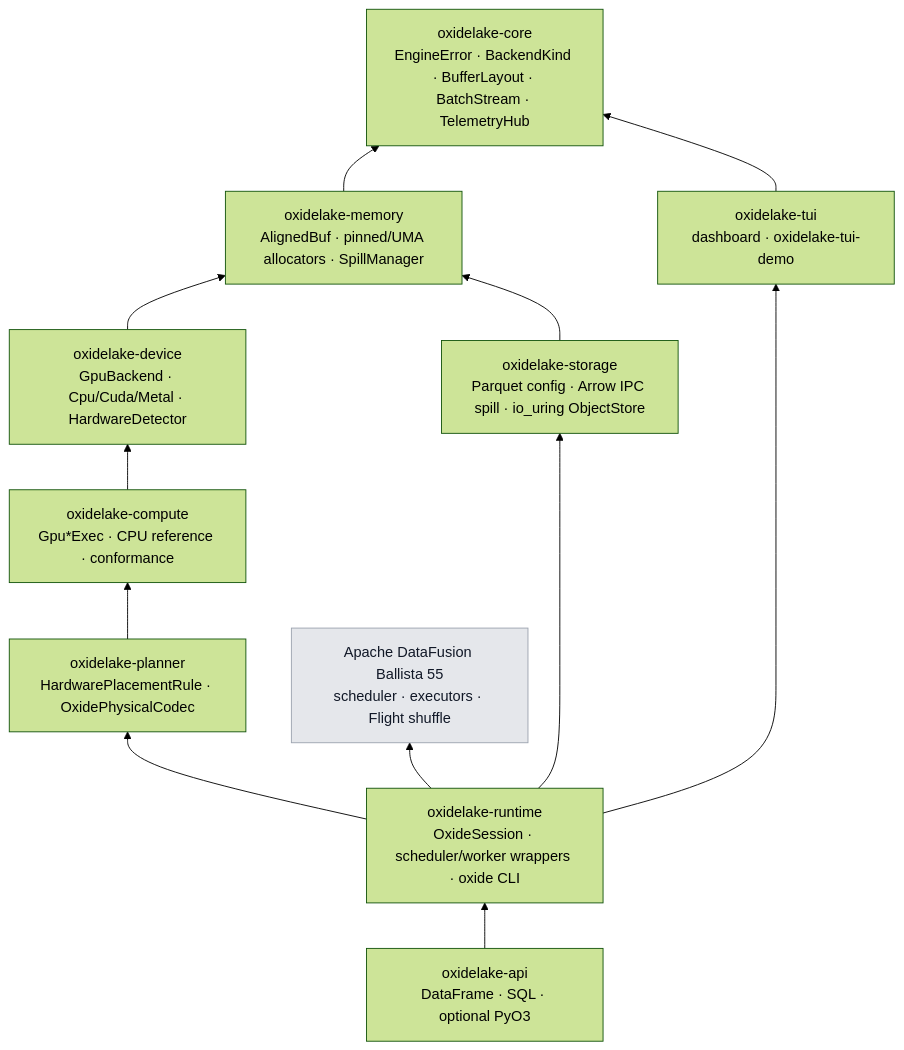
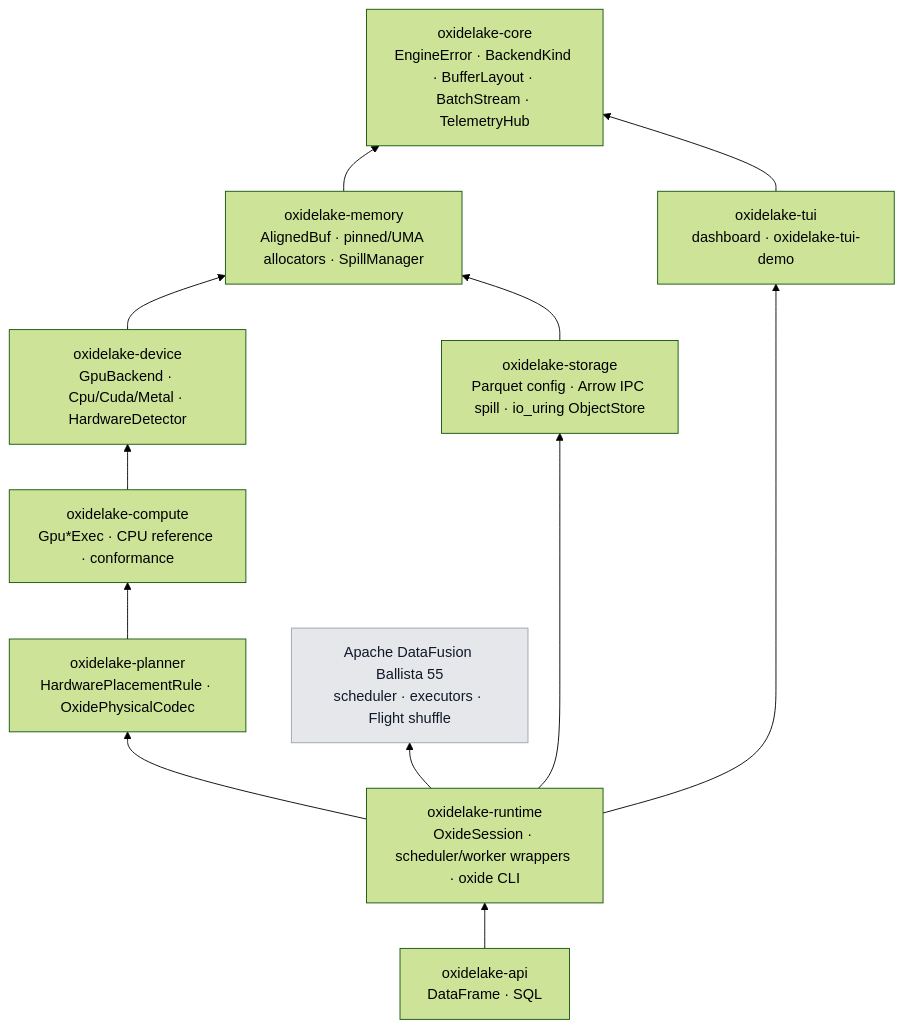
Before and after one commit to vyncint/oxidelake: the first of 4 diagrams in docs/architecture.md, drawn with Mermaid (forest theme). The commit also changed other lines of this file and 37 other files, not shown here.

````diff
--- a/docs/architecture.md
+++ b/docs/architecture.md
@@ -9,17 +9,17 @@
 ```mermaid
 flowchart BT
   core[oxidelake-core<br/>EngineError · BackendKind · BufferLayout · BatchStream · TelemetryHub]
   memory[oxidelake-memory<br/>AlignedBuf · pinned/UMA allocators · SpillManager] --> core
   device[oxidelake-device<br/>GpuBackend · Cpu/Cuda/Metal · HardwareDetector] --> memory
   compute[oxidelake-compute<br/>Gpu*Exec · CPU reference · conformance] --> device
   storage[oxidelake-storage<br/>Parquet config · Arrow IPC spill · io_uring ObjectStore] --> memory
   planner[oxidelake-planner<br/>HardwarePlacementRule · OxidePhysicalCodec] --> compute
   tui[oxidelake-tui<br/>dashboard · oxidelake-tui-demo] --> core
   runtime[oxidelake-runtime<br/>OxideSession · scheduler/worker wrappers · oxide CLI] --> planner
   runtime --> storage
   runtime --> tui
   runtime --> ballista[Apache DataFusion Ballista 55<br/>scheduler · executors · Flight shuffle]
-  api[oxidelake-api<br/>DataFrame · SQL · optional PyO3] --> runtime
+  api[oxidelake-api<br/>DataFrame · SQL] --> runtime
   classDef ext fill:#e5e7eb,stroke:#9ca3af,color:#111827;
   class ballista ext
 ```
````
